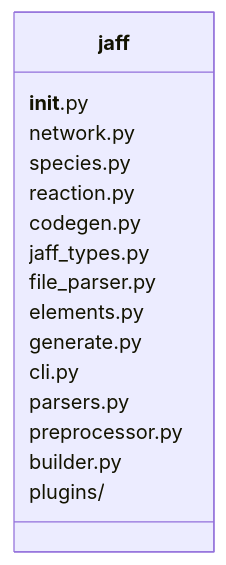
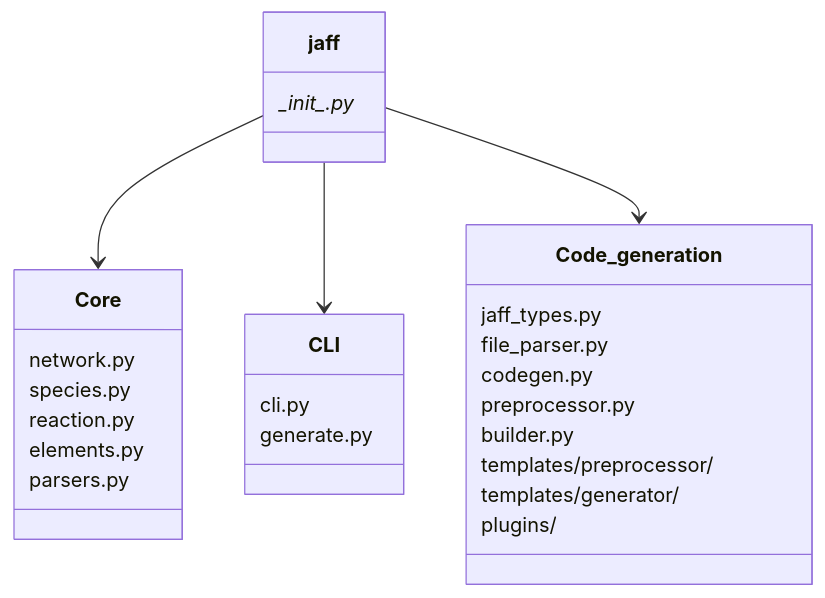
The diagram in docs/api/index.md (BenWibking/jaff), drawn with Mermaid before and after one commit. The commit also changed other lines of this file and 30 other files, not shown here.

````diff
--- a/docs/api/index.md
+++ b/docs/api/index.md
@@ -118,20 +125,37 @@
 ```mermaid
 classDiagram
     class jaff {
-        __init__.py
+        \__init\__.py*
+    }
+
+    %% Define categories as separate classes
+    class Core {
         network.py
         species.py
         reaction.py
-        codegen.py
+        elements.py
+        parsers.py
+    }
+
+    class CLI {
+        cli.py
+        generate.py
+    }
+
+    class Code_generation {
         jaff_types.py
         file_parser.py
-        elements.py
-        generate.py
-        cli.py
-        parsers.py
+        codegen.py
         preprocessor.py
         builder.py
+        templates/preprocessor/
+        templates/generator/
         plugins/
     }
 
+
+    %% Connect categories to jaff
+    jaff --> Core
+    jaff --> CLI
+    jaff --> Code_generation
 ```
````
